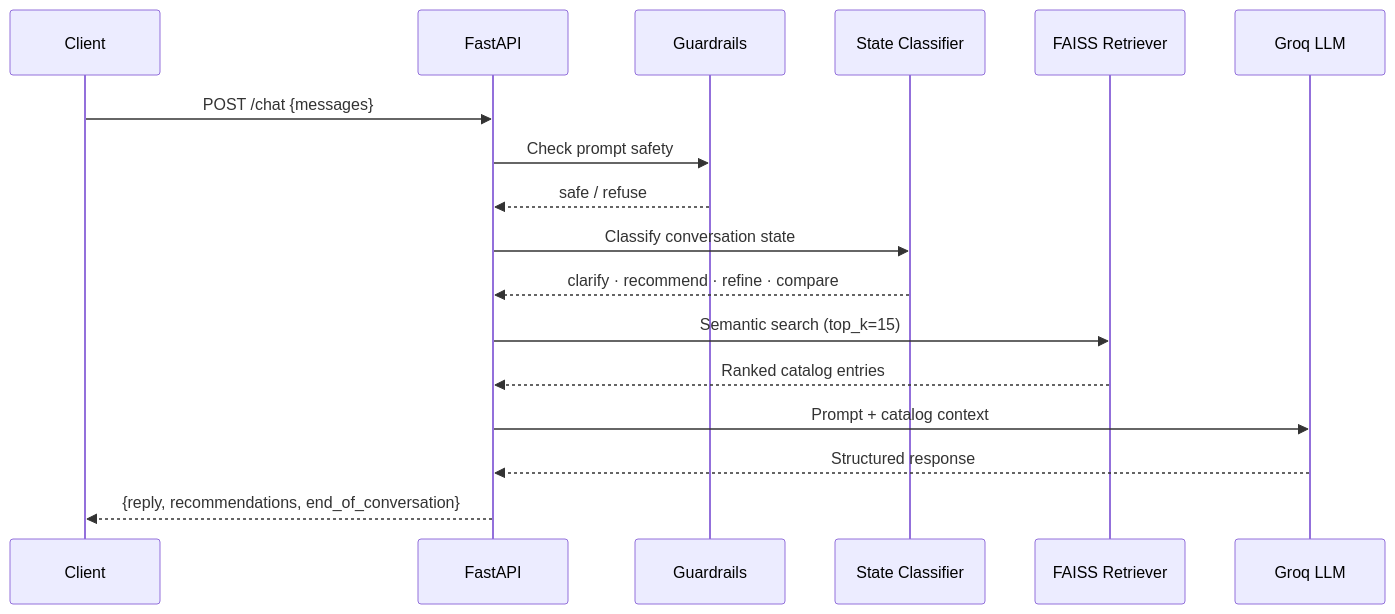
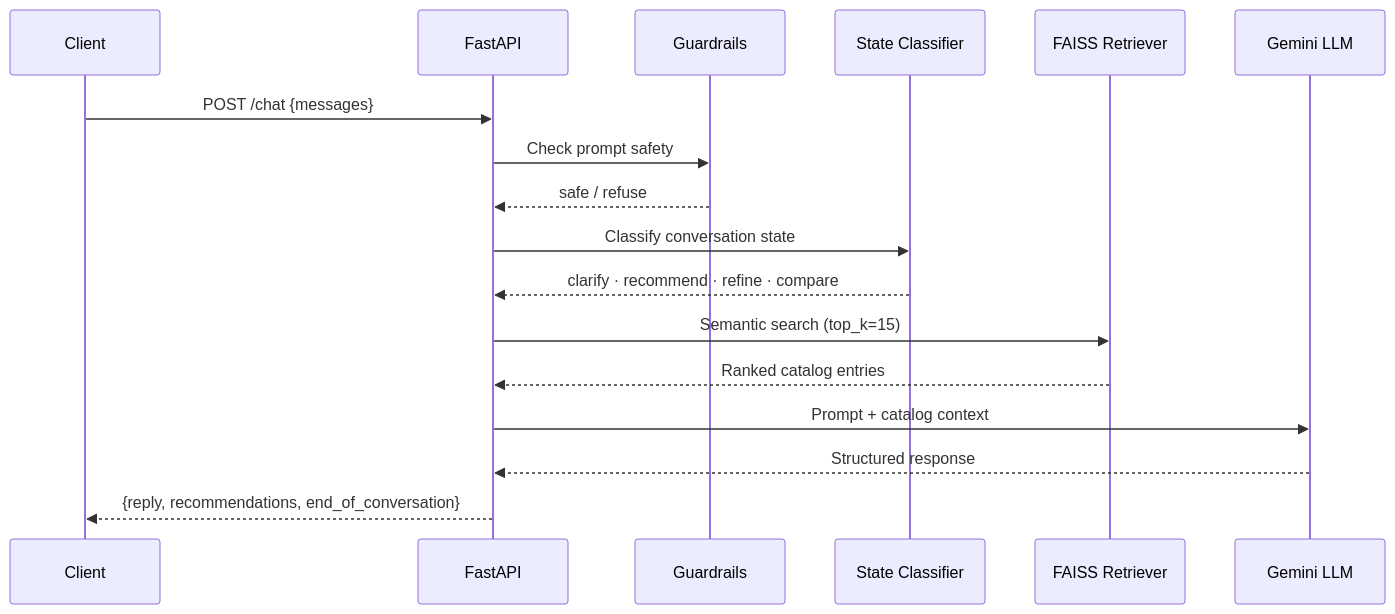
The second of 3 diagrams in README.md (BugHunterX2101/assess-recommend), drawn with Mermaid before and after one commit. The commit also changed other lines of this file and 4 other files, not shown here.

````diff
--- a/README.md
+++ b/README.md
@@ -40,20 +40,20 @@
 ```mermaid
 sequenceDiagram
     participant C as Client
     participant F as FastAPI
     participant G as Guardrails
     participant SC as State Classifier
     participant R as FAISS Retriever
-    participant L as Groq LLM
+    participant L as Gemini LLM
 
     C->>F: POST /chat {messages}
     F->>G: Check prompt safety
     G-->>F: safe / refuse
     F->>SC: Classify conversation state
     SC-->>F: clarify · recommend · refine · compare
     F->>R: Semantic search (top_k=15)
     R-->>F: Ranked catalog entries
     F->>L: Prompt + catalog context
     L-->>F: Structured response
     F-->>C: {reply, recommendations, end_of_conversation}
 ```
````
